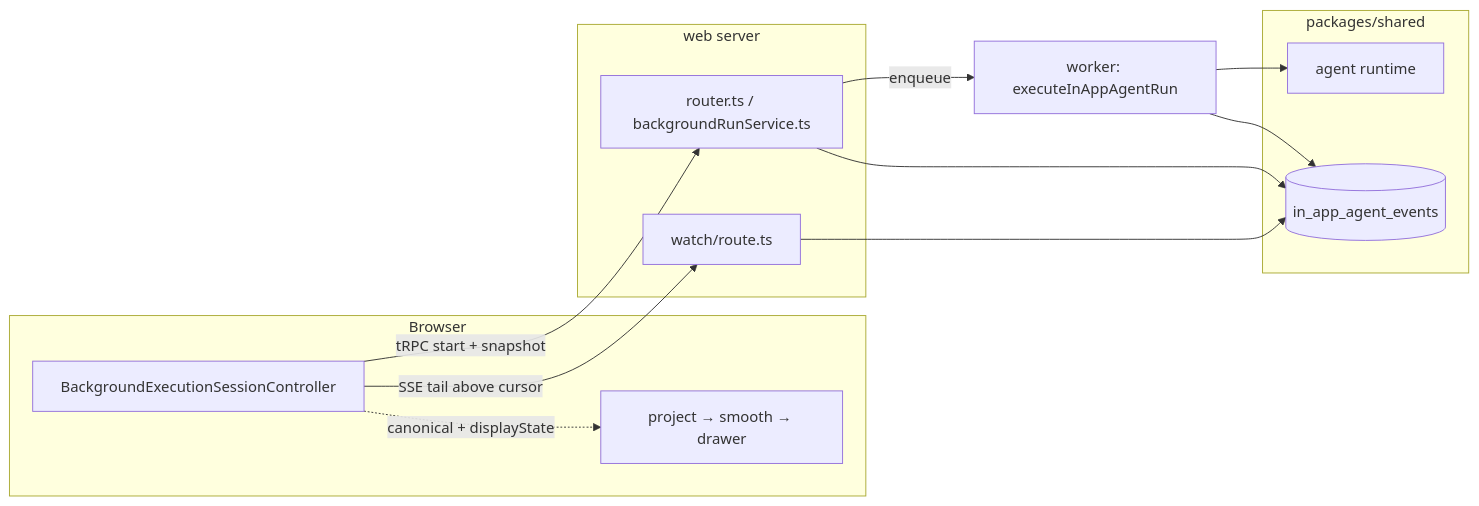
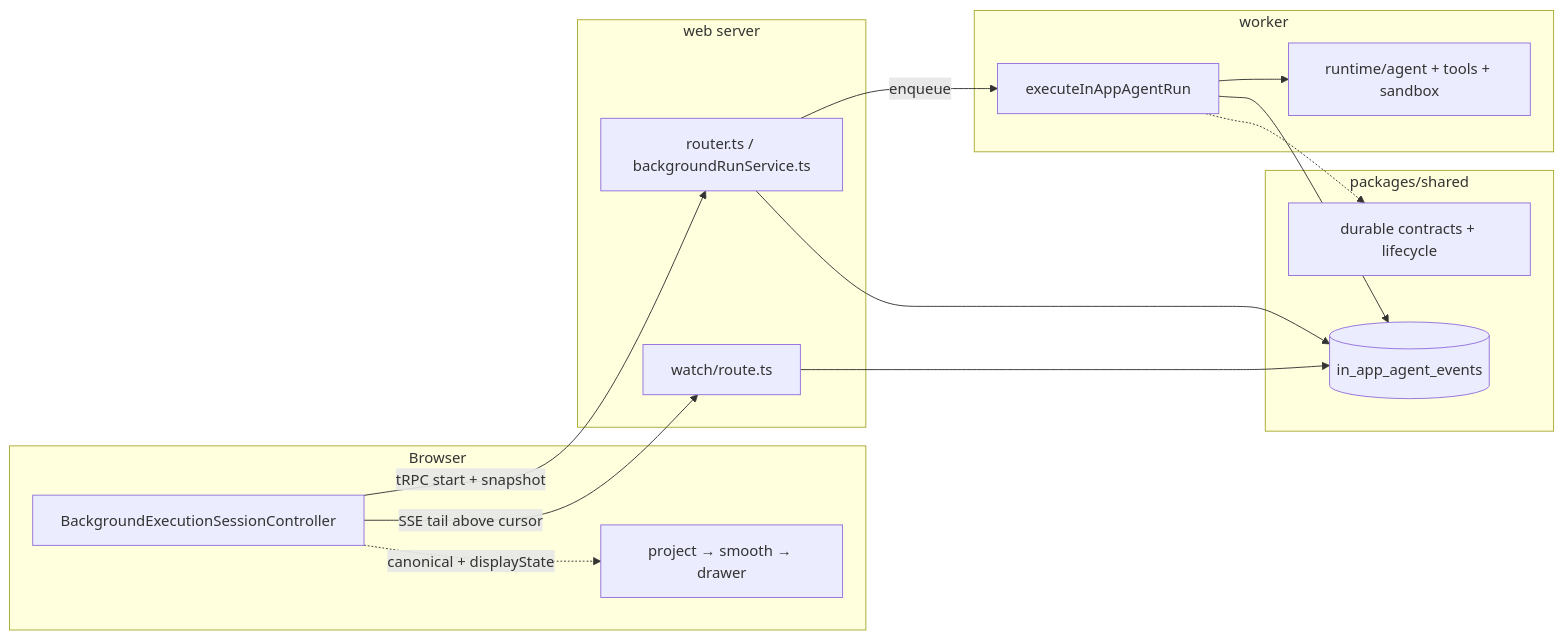
The diagram in knowledge/evaluations/langfuse/web/src/features/in-app-agent/ARCHITECTURE.md (welcomelwd/every-skill), drawn with Mermaid before and after one commit. The commit also changed other lines of this file and 8770 other files, not shown here.

````diff
--- a/knowledge/evaluations/langfuse/web/src/features/in-app-agent/ARCHITECTURE.md
+++ b/knowledge/evaluations/langfuse/web/src/features/in-app-agent/ARCHITECTURE.md
@@ -74,26 +77,30 @@
 ```mermaid
 flowchart LR
   subgraph Browser
     S["BackgroundExecutionSessionController"]
     R["project → smooth → drawer"]
   end
   subgraph WebServer["web server"]
     RT["router.ts / backgroundRunService.ts"]
     WR["watch/route.ts"]
   end
   subgraph Shared["packages/shared"]
     L[("in_app_agent_events")]
-    A["agent runtime"]
+    C["durable contracts + lifecycle"]
   end
-  W["worker: executeInAppAgentRun"]
+  subgraph Worker["worker"]
+    W["executeInAppAgentRun"]
+    A["runtime/agent + tools + sandbox"]
+  end
 
   S -->|"tRPC start + snapshot"| RT
   RT -->|"enqueue"| W
   W --> A
   W --> L
+  W -.-> C
   S -->|"SSE tail above cursor"| WR
   RT --> L
   WR --> L
 
   S -.->|"canonical + displayState"| R
 ```
````
